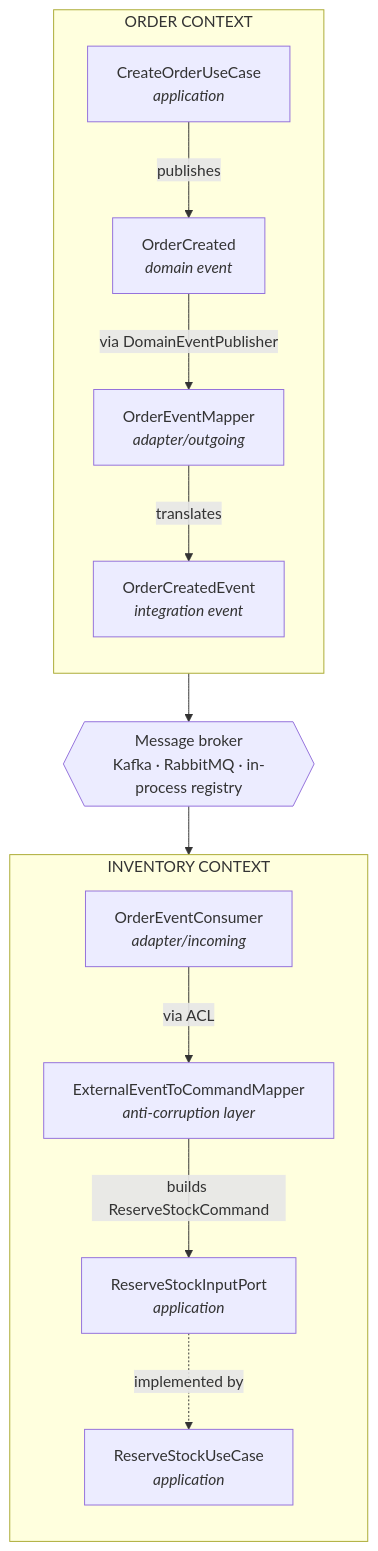
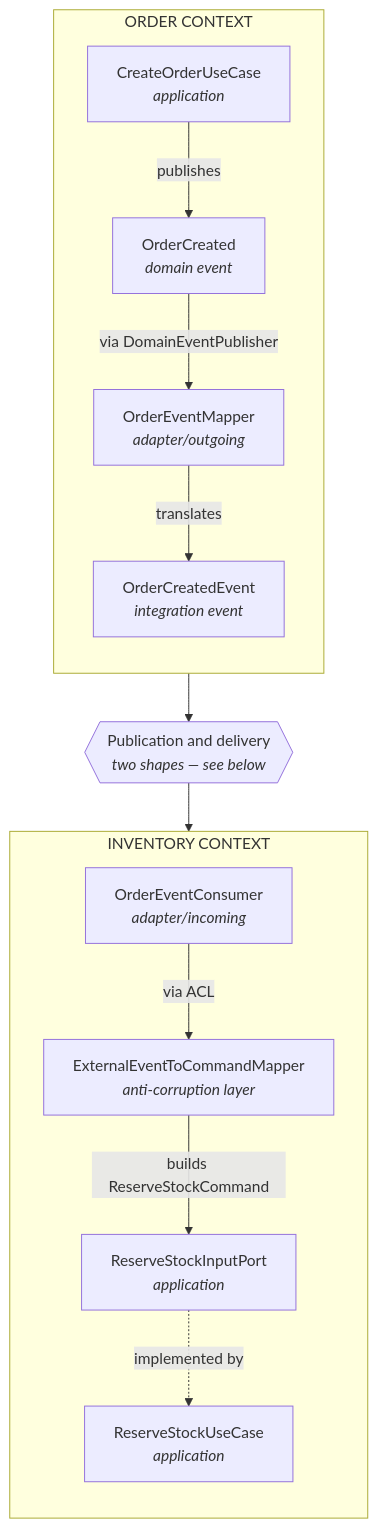
One commit to domain-centric-development/dca-guide changed the third of 5 diagrams in architecture/dependency-structure.md. Above: the diagram before and after it, drawn with Mermaid. The commit also changed other lines of this file, not shown here.

First line of the commit message:
docs(dependency-structure): show delivery twice — in-process and over the wire

````diff
--- a/architecture/dependency-structure.md
+++ b/architecture/dependency-structure.md
@@ -62,28 +62,28 @@
 ```mermaid
 flowchart TB
     subgraph ORDER["ORDER CONTEXT"]
         direction TB
         UC["CreateOrderUseCase<br><i>application</i>"]
         DE["OrderCreated<br><i>domain event</i>"]
         MAP["OrderEventMapper<br><i>adapter/outgoing</i>"]
         IE["OrderCreatedEvent<br><i>integration event</i>"]
         UC -- publishes --> DE
         DE -- via DomainEventPublisher --> MAP
         MAP -- translates --> IE
     end
 
-    BROKER{{"Message broker<br>Kafka · RabbitMQ · in-process registry"}}
+    BROKER{{"Publication and delivery<br><i>two shapes — see below</i>"}}
 
     subgraph INVENTORY["INVENTORY CONTEXT"]
         direction TB
         CONS["OrderEventConsumer<br><i>adapter/incoming</i>"]
         ACL["ExternalEventToCommandMapper<br><i>anti-corruption layer</i>"]
         PORT["ReserveStockInputPort<br><i>application</i>"]
         UC2["ReserveStockUseCase<br><i>application</i>"]
         CONS -- via ACL --> ACL
         ACL -- builds ReserveStockCommand --> PORT
         PORT -. implemented by .-> UC2
     end
 
     IE --> BROKER --> CONS
 ```
````
